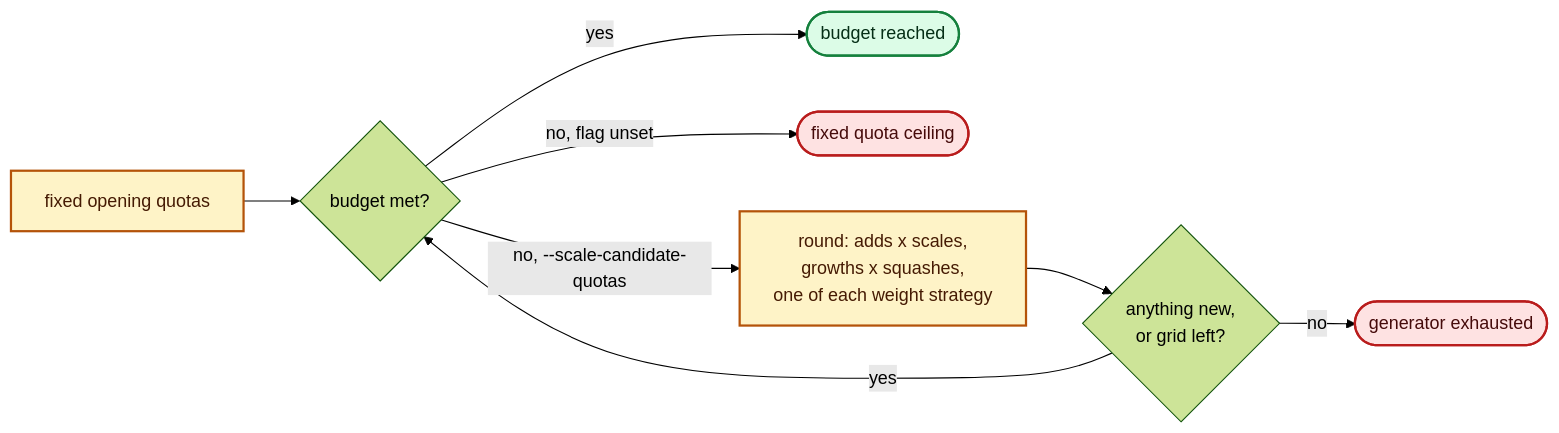
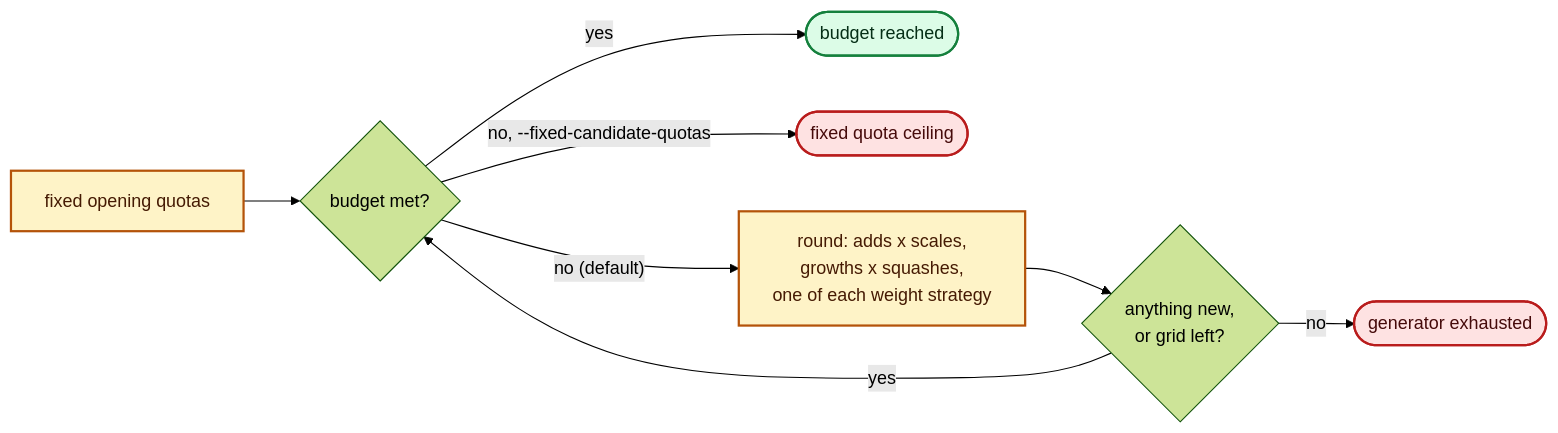
The eighth of 11 diagrams in README.md (stSoftwareAU/NEAT-AI-Lamarck), drawn with Mermaid (forest theme) before and after one commit. The commit also changed other lines of this file and 6 other files, not shown here.

First line of the commit message:
Scaled candidate quotas by default, weighted-random grid order

````diff
--- a/README.md
+++ b/README.md
@@ -552,18 +558,18 @@
 ```mermaid
 flowchart LR
     OPEN["fixed opening quotas"] --> FULL{"budget met?"}
     FULL -- yes --> BUDGET(["budget reached"])
-    FULL -- "no, flag unset" --> CEIL(["fixed quota ceiling"])
-    FULL -- "no, --scale-candidate-quotas" --> ROUND["round: adds x scales,<br/>growths x squashes,<br/>one of each weight strategy"]
+    FULL -- "no, --fixed-candidate-quotas" --> CEIL(["fixed quota ceiling"])
+    FULL -- "no (default)" --> ROUND["round: adds x scales,<br/>growths x squashes,<br/>one of each weight strategy"]
     ROUND --> NEW{"anything new,<br/>or grid left?"}
     NEW -- yes --> FULL
     NEW -- no --> DRY(["generator exhausted"])
 
     classDef stage fill:#fef3c7,stroke:#b45309,stroke-width:2px,color:#451a03
     classDef stop fill:#dcfce7,stroke:#15803d,stroke-width:2px,color:#052e16
     classDef warn fill:#fee2e2,stroke:#b91c1c,stroke-width:2px,color:#450a0a
 
     class OPEN,ROUND stage
     class BUDGET stop
     class CEIL,DRY warn
 ```
````
